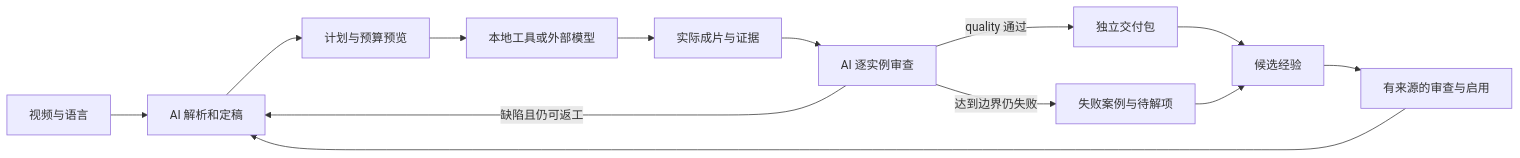
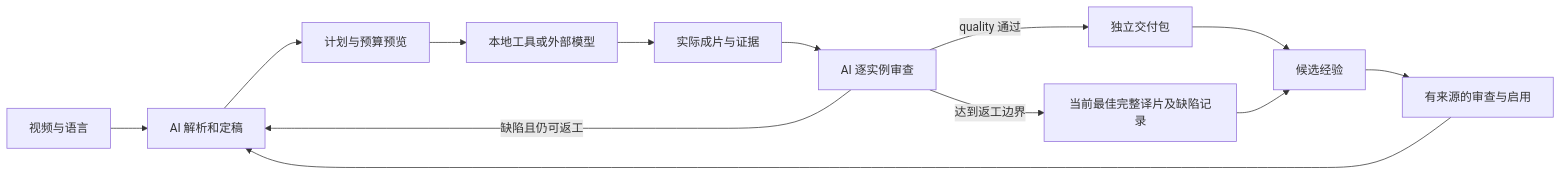
The diagram in docs/architecture.md (YS-luochenjun/video-translation), drawn with Mermaid before and after one commit. The commit also changed other lines of this file and 55 other files, not shown here.

Commit message:
Enforce complete Fireplay delivery and consolidate project architecture

````diff
--- a/docs/architecture.md
+++ b/docs/architecture.md
@@ -22,15 +22,15 @@
 ```mermaid
 flowchart LR
     U[视频与语言] --> A[AI 解析和定稿]
     A --> P[计划与预算预览]
     P --> E[本地工具或外部模型]
     E --> V[实际成片与证据]
     V --> R[AI 逐实例审查]
     R -->|缺陷且仍可返工| A
     R -->|quality 通过| D[独立交付包]
-    R -->|达到边界仍失败| F[失败案例与待解项]
+    R -->|达到返工边界| F[当前最佳完整译片及缺陷记录]
     D --> K[候选经验]
     F --> K
     K --> H[有来源的审查与启用]
     H --> A
 ```
````
